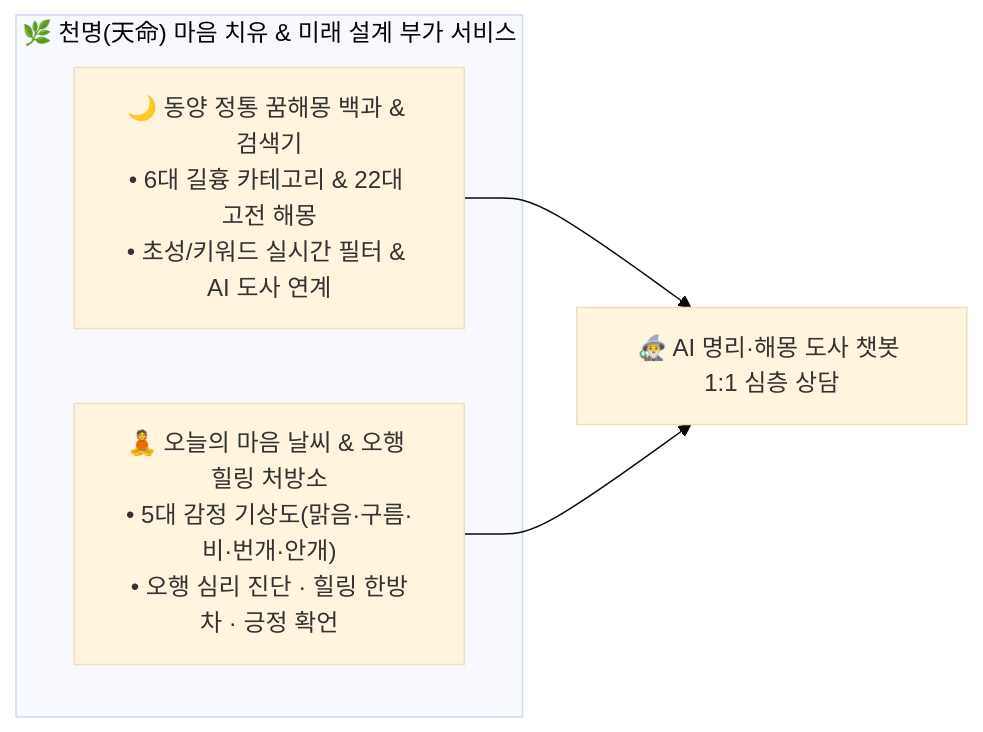
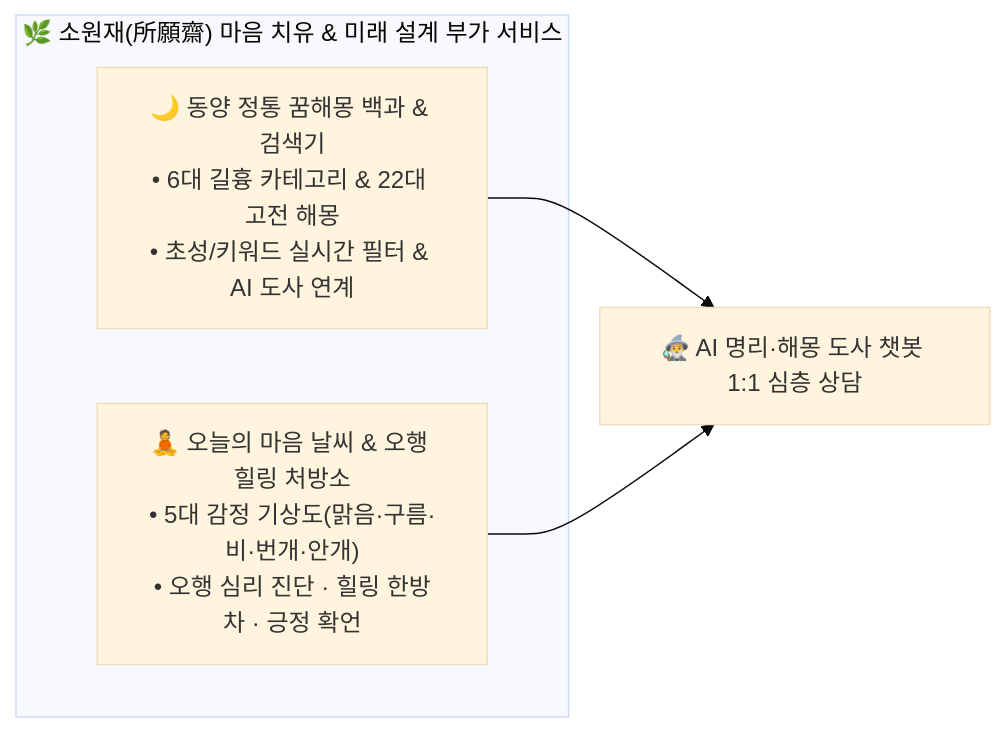
The third of 6 diagrams in README.md (minjae0529-blip/Daily-Fortune), drawn with Mermaid (base theme) before and after one commit. The commit also changed other lines of this file and 13 other files, not shown here.

Commit message:
feat(rebrand): rename service to Sowonjae (소원재 所願齋), update render.yaml, and fix desktop/mobile typography & overflow

````diff
--- a/README.md
+++ b/README.md
@@ -225,9 +225,9 @@
 ```mermaid
 flowchart LR
-    subgraph Wellness ["🌿 천명(天命) 마음 치유 & 미래 설계 부가 서비스"]
+    subgraph Wellness ["🌿 소원재(所願齋) 마음 치유 & 미래 설계 부가 서비스"]
         Dream["🌙 동양 정통 꿈해몽 백과 & 검색기<br/>• 6대 길흉 카테고리 & 22대 고전 해몽<br/>• 초성/키워드 실시간 필터 & AI 도사 연계"]
         Mood["🧘 오늘의 마음 날씨 & 오행 힐링 처방소<br/>• 5대 감정 기상도(맑음·구름·비·번개·안개)<br/>• 오행 심리 진단 · 힐링 한방차 · 긍정 확언"]
     end
     Dream --> AI["🧙‍♂️ AI 명리·해몽 도사 챗봇 1:1 심층 상담"]
     Mood --> AI
 ```
````
